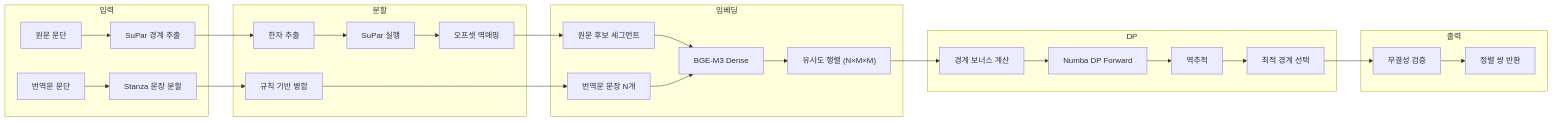
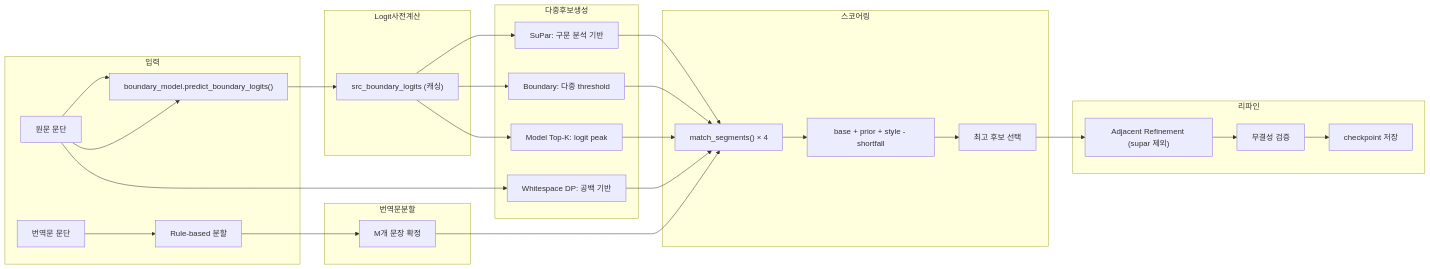
One commit to hw725/CSP changed the second of 2 diagrams in docs/P2S_CODE_ANATOMY.md. Above: the diagram before and after it, drawn with Mermaid. The commit also changed other lines of this file and 28 other files, not shown here.

````diff
--- a/docs/P2S_CODE_ANATOMY.md
+++ b/docs/P2S_CODE_ANATOMY.md
@@ -38,34 +43,39 @@
 ```mermaid
 flowchart LR
     subgraph 입력
-        A1[원문 문단] --> B1
+        A1[원문 문단] --> L1
         A2[번역문 문단] --> B2
     end
 
-    subgraph 분할
-        B1[SuPar 경계 추출] --> C1[한자 추출]
-        C1 --> C2[SuPar 실행]
-        C2 --> C3[오프셋 역매핑]
-        B2[Stanza 문장 분할] --> D1[규칙 기반 병합]
+    subgraph 번역문분할
+        B2[Rule-based 분할] --> D1["M개 문장 확정"]
     end
 
-    subgraph 임베딩
-        C3 --> E1[원문 후보 세그먼트]
-        D1 --> E2[번역문 문장 N개]
-        E1 --> F1["BGE-M3 Dense"]
-        E2 --> F1
-        F1 --> F2["유사도 행렬 (N×M×M)"]
+    subgraph Logit사전계산
+        A1 --> L1["boundary_model.predict_boundary_logits()"]
+        L1 --> L2["src_boundary_logits (캐싱)"]
     end
 
-    subgraph DP
-        F2 --> G1["경계 보너스 계산"]
-        G1 --> G2["Numba DP Forward"]
-        G2 --> G3["역추적"]
-        G3 --> G4["최적 경계 선택"]
+    subgraph 다중후보생성
+        L2 --> C1["SuPar: 구문 분석 기반"]
+        L2 --> C2["Boundary: 다중 threshold"]
+        L2 --> C3["Model Top-K: logit peak"]
+        A1 --> C4["Whitespace DP: 공백 기반"]
     end
 
-    subgraph 출력
-        G4 --> H1["무결성 검증"]
-        H1 --> H2["정렬 쌍 반환"]
+    subgraph 스코어링
+        C1 --> S1["match_segments() × 4"]
+        C2 --> S1
+        C3 --> S1
+        C4 --> S1
+        D1 --> S1
+        S1 --> S2["base + prior + style - shortfall"]
+        S2 --> S3["최고 후보 선택"]
+    end
+
+    subgraph 리파인
+        S3 --> R1["Adjacent Refinement (supar 제외)"]
+        R1 --> R2["무결성 검증"]
+        R2 --> R3["checkpoint 저장"]
     end
 ```
````
